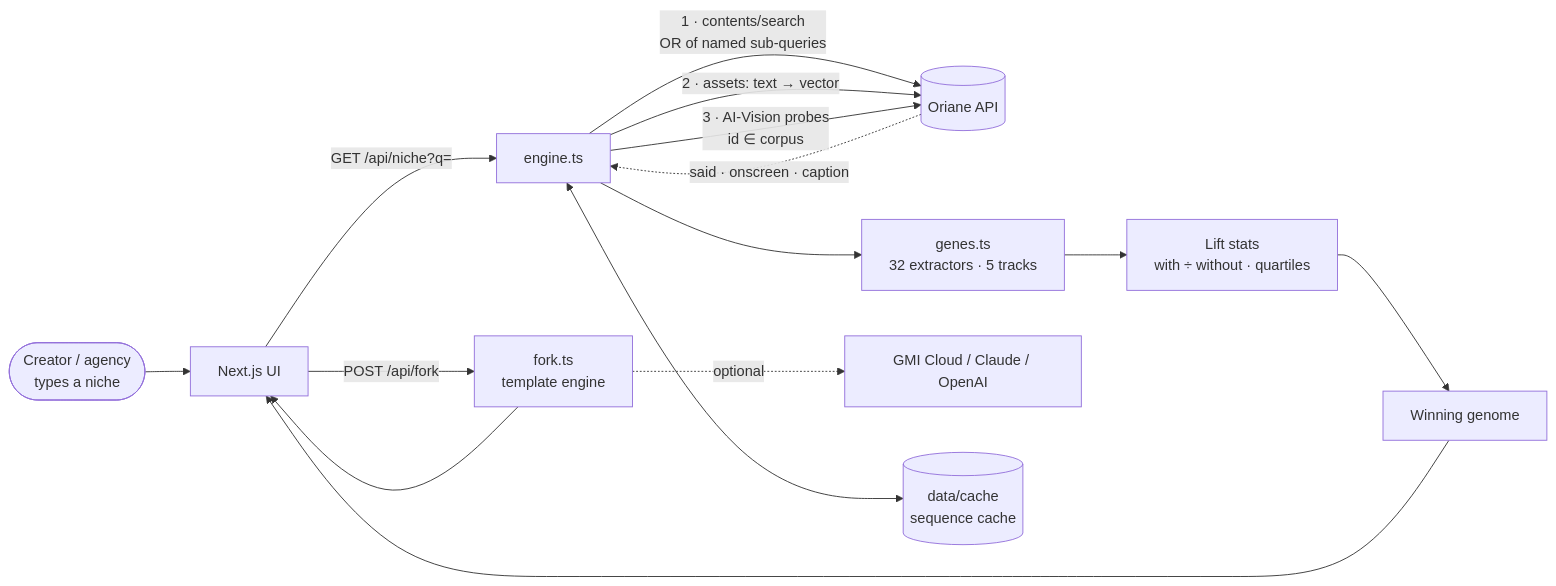
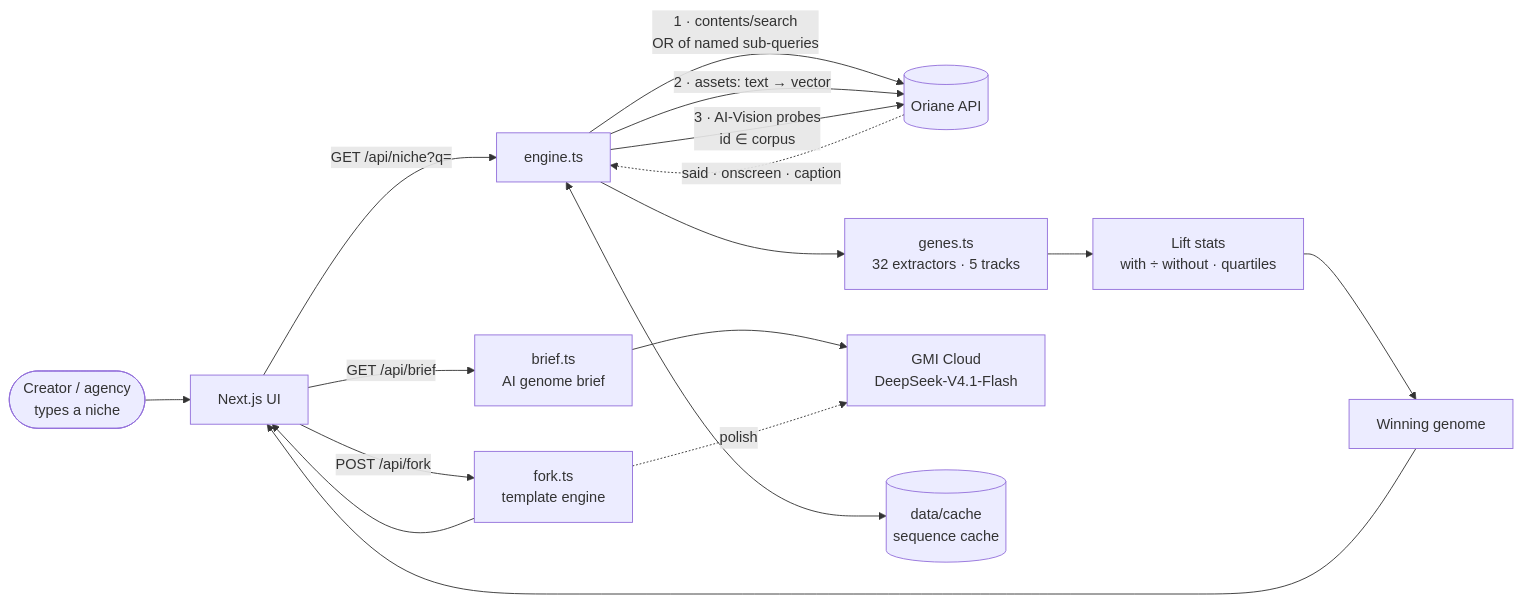
Before and after one commit to vnmoorthy/helix: the diagram in README.md, drawn with Mermaid. The commit also changed other lines of this file and 21 other files, not shown here.

First line of the commit message:
GMI Cloud: AI genome brief + fork polish (DeepSeek-V4.1-Flash), baked into Pages

````diff
--- a/README.md
+++ b/README.md
@@ -138,17 +140,19 @@
 ```mermaid
 flowchart LR
     U([Creator / agency<br/>types a niche]) --> UI[Next.js UI]
     UI -->|GET /api/niche?q=| ENG[engine.ts]
     ENG -->|1 · contents/search<br/>OR of named sub-queries| OR[(Oriane API)]
     OR -. said · onscreen · caption .-> ENG
     ENG -->|2 · assets: text → vector| OR
     ENG -->|3 · AI-Vision probes<br/>id ∈ corpus| OR
     ENG --> GE[genes.ts<br/>32 extractors · 5 tracks]
     GE --> LS[Lift stats<br/>with ÷ without · quartiles]
     LS --> WG[Winning genome]
     WG --> UI
+    UI -->|GET /api/brief| BR[brief.ts<br/>AI genome brief]
+    BR --> LLM[GMI Cloud<br/>DeepSeek-V4.1-Flash]
     UI -->|POST /api/fork| FK[fork.ts<br/>template engine]
-    FK -.optional.-> LLM[GMI Cloud / Claude / OpenAI]
+    FK -.polish.-> LLM
     FK --> UI
     ENG <--> C[(data/cache<br/>sequence cache)]
 ```
````
